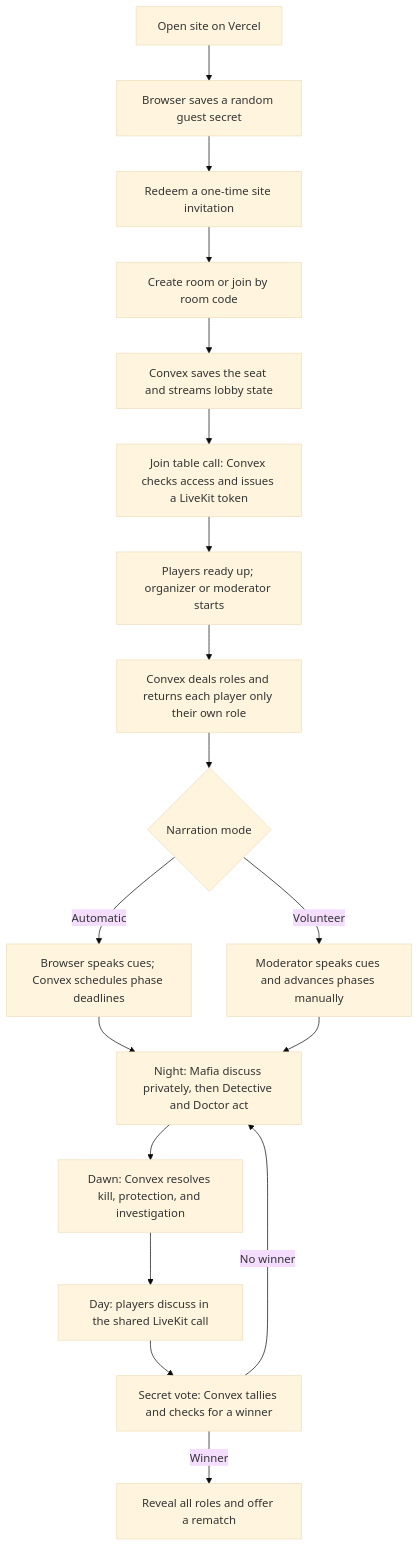
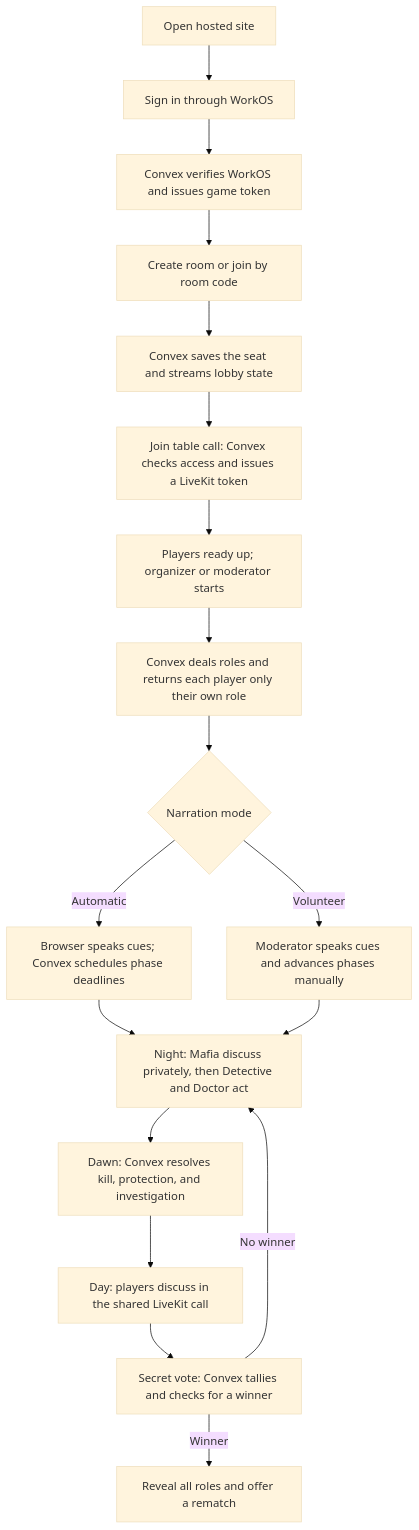
One commit to srujan259/mafia-online changed the second of 2 diagrams in docs/SYSTEM_DESIGN.md. Above: the diagram before and after it, drawn with Mermaid (base theme). The commit also changed other lines of this file and 1 other file, not shown here.

Commit message:
Document WorkOS login and Convex authorization flow

````diff
--- a/docs/SYSTEM_DESIGN.md
+++ b/docs/SYSTEM_DESIGN.md
@@ -77,20 +90,20 @@
 ```mermaid
 flowchart TD
-    A["Open site on Vercel"] --> B["Browser saves a random guest secret"]
-    B --> C["Redeem a one-time site invitation"]
+    A["Open hosted site"] --> B["Sign in through WorkOS"]
+    B --> C["Convex verifies WorkOS and issues game token"]
     C --> D["Create room or join by room code"]
     D --> E["Convex saves the seat and streams lobby state"]
     E --> F["Join table call: Convex checks access and issues a LiveKit token"]
     F --> G["Players ready up; organizer or moderator starts"]
     G --> H["Convex deals roles and returns each player only their own role"]
     H --> I{"Narration mode"}
     I -->|Automatic| J["Browser speaks cues; Convex schedules phase deadlines"]
     I -->|Volunteer| K["Moderator speaks cues and advances phases manually"]
     J --> L["Night: Mafia discuss privately, then Detective and Doctor act"]
     K --> L
     L --> M["Dawn: Convex resolves kill, protection, and investigation"]
     M --> N["Day: players discuss in the shared LiveKit call"]
     N --> O["Secret vote: Convex tallies and checks for a winner"]
     O -->|No winner| L
     O -->|Winner| P["Reveal all roles and offer a rematch"]
 ```
````
